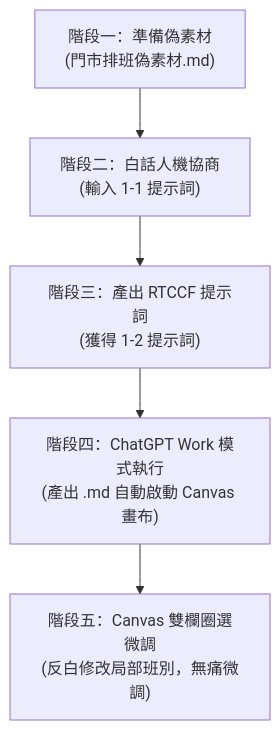
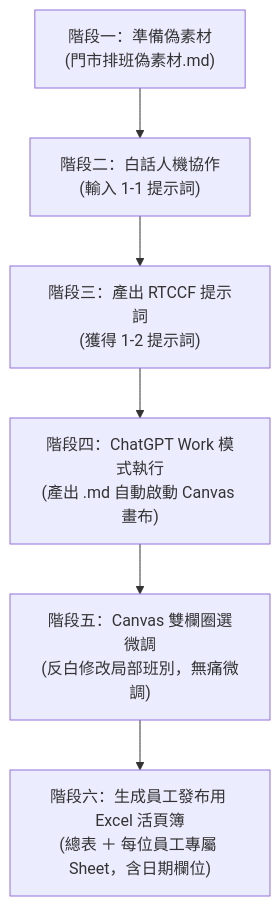
Before and after one commit to roberthsu2003/workflow-productivity: the diagram in 常見的AI應用/實戰範例/01_門市人力排班與規則檢核/README.md, drawn with Mermaid. The commit also changed other lines of this file and 2 other files, not shown here.

````diff
--- a/常見的AI應用/實戰範例/01_門市人力排班與規則檢核/README.md
+++ b/常見的AI應用/實戰範例/01_門市人力排班與規則檢核/README.md
@@ -44,7 +47,8 @@
 ```mermaid
 flowchart TD
-    A["階段一：準備偽素材<br/>(門市排班偽素材.md)"] --> B["階段二：白話人機協商<br/>(輸入 1-1 提示詞)"]
+    A["階段一：準備偽素材<br/>(門市排班偽素材.md)"] --> B["階段二：白話人機協作<br/>(輸入 1-1 提示詞)"]
     B --> C["階段三：產出 RTCCF 提示詞<br/>(獲得 1-2 提示詞)"]
     C --> D["階段四：ChatGPT Work 模式執行<br/>(產出 .md 自動啟動 Canvas 畫布)"]
     D --> E["階段五：Canvas 雙欄圈選微調<br/>(反白修改局部班別，無痛微調)"]
+    E --> F["階段六：生成員工發布用 Excel 活頁簿<br/>(總表 ＋ 每位員工專屬 Sheet，含日期欄位)"]
 ```
````
